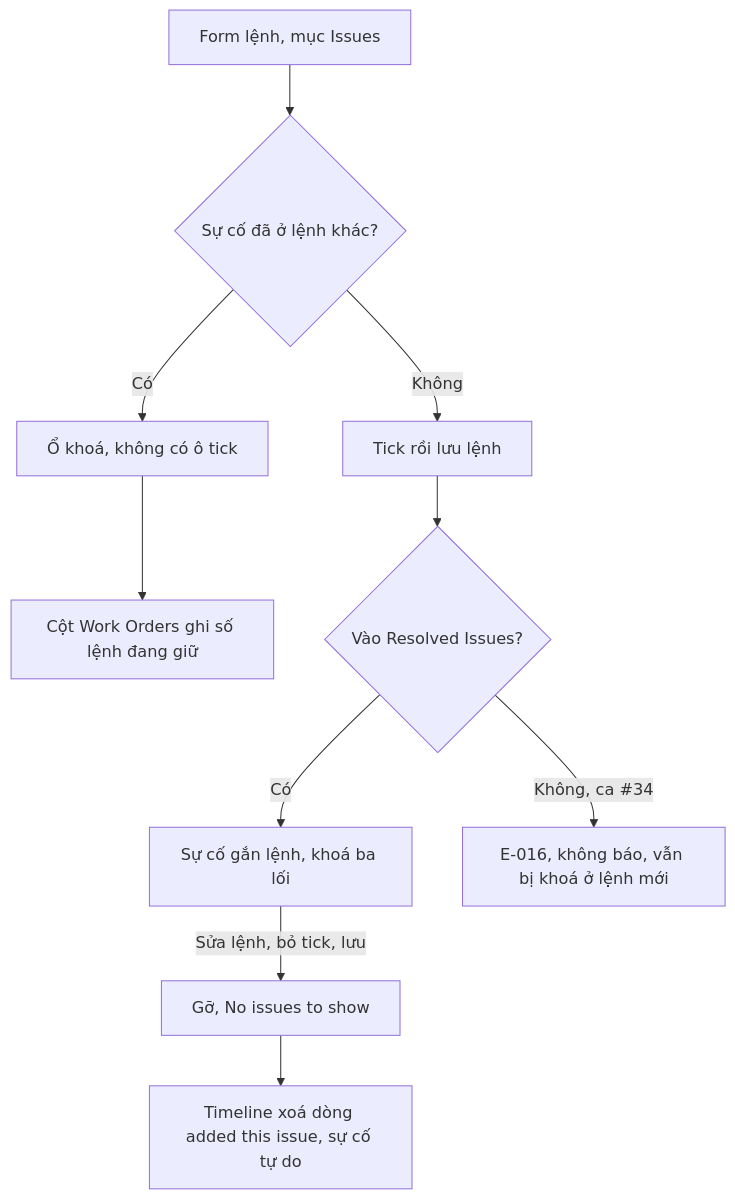
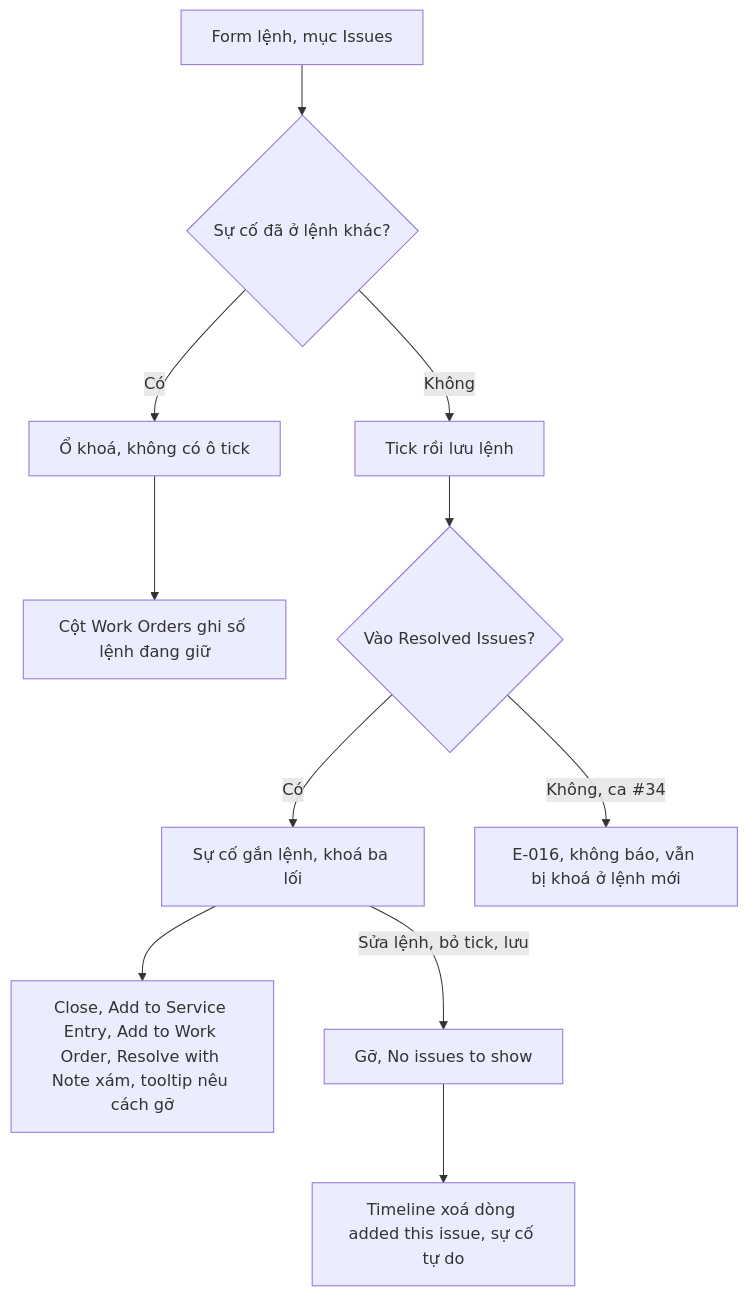
One commit to szitphan/invlogis changed the ninth of 25 diagrams in docs/_research/fleetio/srs/fleetio-repair-flows.md. Above: the diagram before and after it, drawn with Mermaid. The commit also changed other lines of this file and 113 other files, not shown here.

````diff
--- a/docs/_research/fleetio/srs/fleetio-repair-flows.md
+++ b/docs/_research/fleetio/srs/fleetio-repair-flows.md
@@ -191,12 +206,13 @@
 ```mermaid
 flowchart TD
     A["Form lệnh, mục Issues"] --> B{"Sự cố đã ở lệnh khác?"}
     B -->|"Có"| C["Ổ khoá, không có ô tick"]
     C --> D["Cột Work Orders ghi số lệnh đang giữ"]
     B -->|"Không"| E["Tick rồi lưu lệnh"]
     E --> F{"Vào Resolved Issues?"}
     F -->|"Có"| G["Sự cố gắn lệnh, khoá ba lối"]
     F -->|"Không, ca #34"| H["E-016, không báo, vẫn bị khoá ở lệnh mới"]
+    G --> L["Close, Add to Service Entry, Add to Work Order, Resolve with Note xám, tooltip nêu cách gỡ"]
     G -->|"Sửa lệnh, bỏ tick, lưu"| I["Gỡ, No issues to show"]
     I --> J["Timeline xoá dòng added this issue, sự cố tự do"]
 ```
````
